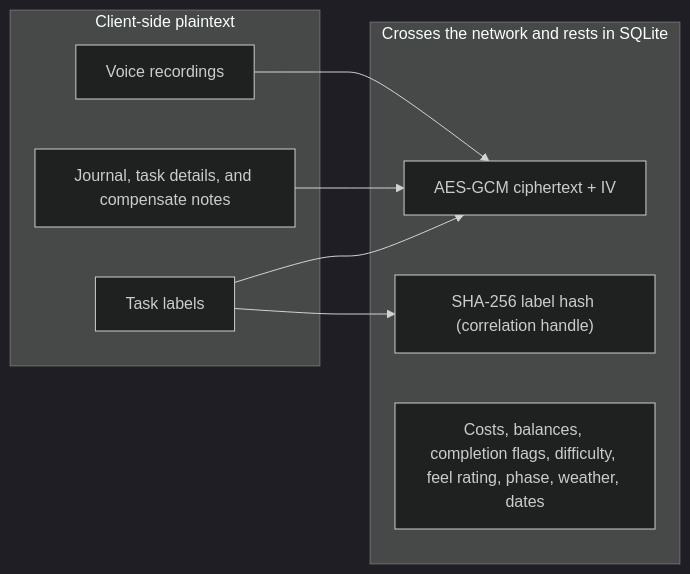
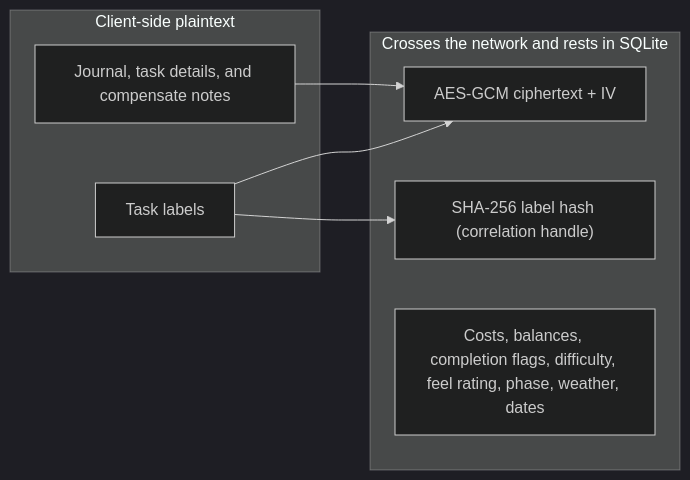
Before and after one commit to 97115104/energyaccounting: the second of 2 diagrams in ARCHITECTURE.md, drawn with Mermaid (dark theme). The commit also changed other lines of this file and 13 other files, not shown here.

````diff
--- a/ARCHITECTURE.md
+++ b/ARCHITECTURE.md
@@ -53,17 +51,15 @@
 ```mermaid
 flowchart LR
   subgraph client [Client-side plaintext]
     labels["Task labels"]
     journalText["Journal, task details, and compensate notes"]
-    audio["Voice recordings"]
   end
   subgraph wire [Crosses the network and rests in SQLite]
     cipher["AES-GCM ciphertext + IV"]
     hash["SHA-256 label hash (correlation handle)"]
     numbers["Costs, balances, completion flags, difficulty, feel rating, phase, weather, dates"]
   end
   labels --> cipher
   labels --> hash
   journalText --> cipher
-  audio --> cipher
 ```
````
